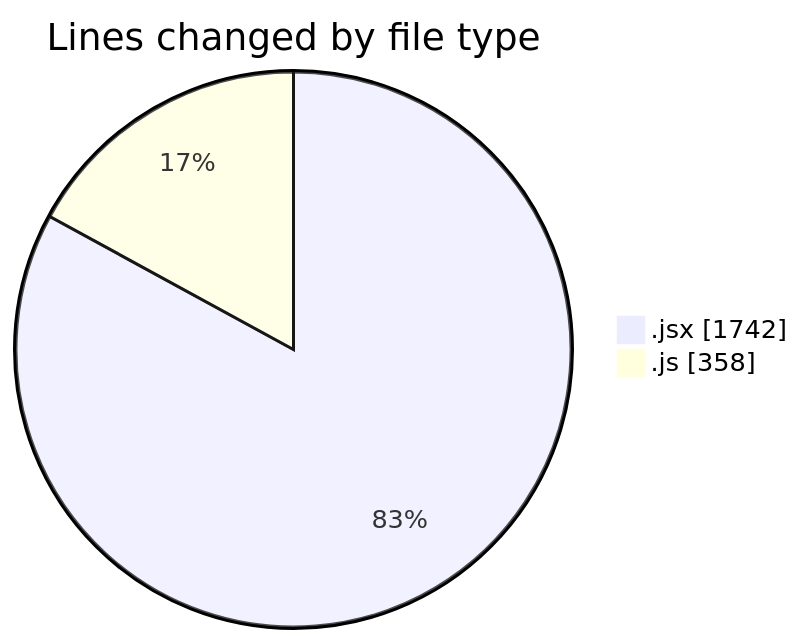
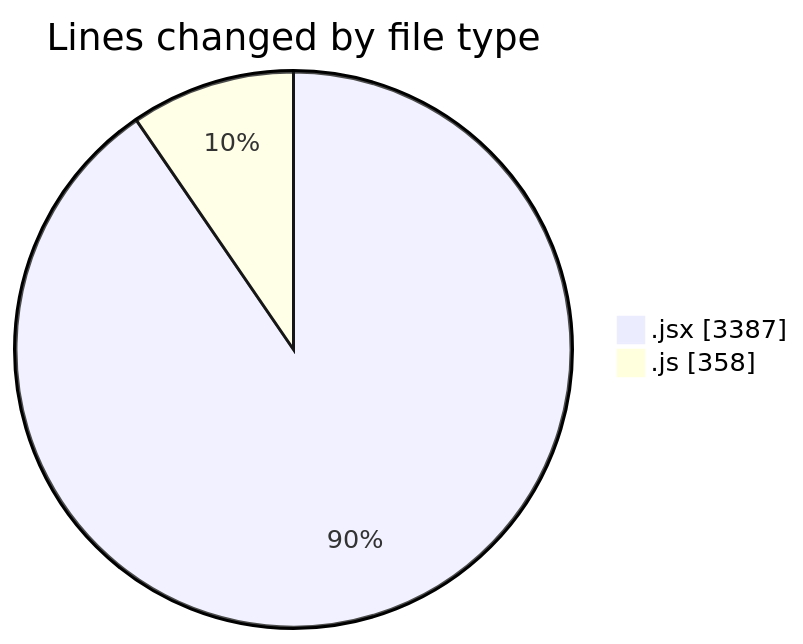
One commit to nxtqubesakshisongat/code-tracking changed the first of 2 diagrams in 2025-07-21/nxtqube_webapp/README.md. Above: the diagram before and after it, drawn with Mermaid. The commit also changed other lines of this file and 1 other file, not shown here.

````diff
--- a/2025-07-21/nxtqube_webapp/README.md
+++ b/2025-07-21/nxtqube_webapp/README.md
@@ -23,6 +25,6 @@
 ```mermaid
 pie showData
 title Lines changed by file type
-".jsx" : 1742
+".jsx" : 3387
 ".js" : 358
 ```
````
